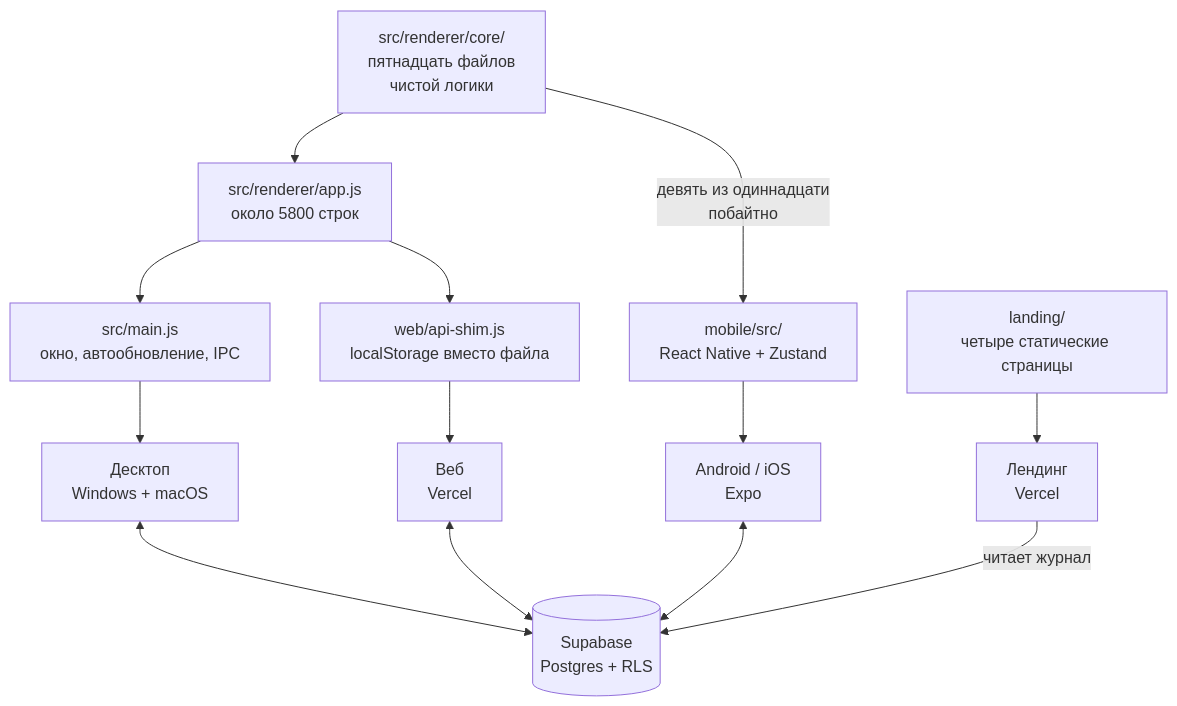
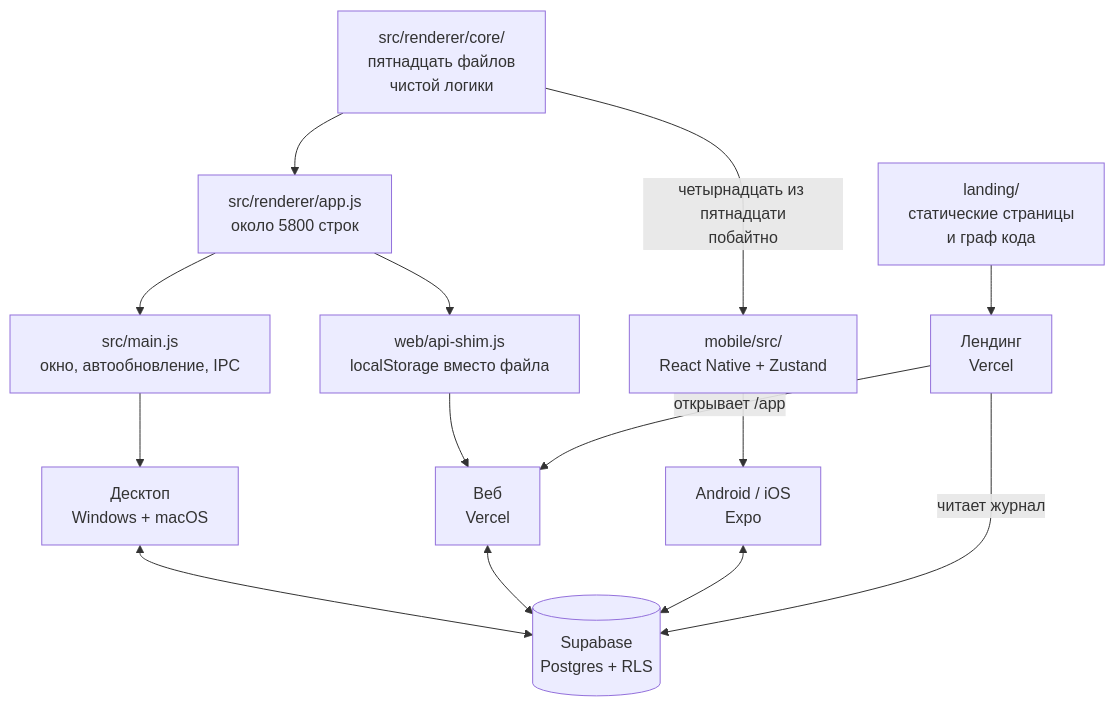
Before and after one commit to lancibleofficial/Lancible: the first of 2 diagrams in ARCHITECTURE.md, drawn with Mermaid. The commit also changed other lines of this file and 19 other files, not shown here.

First line of the commit message:
Граф кода на /graph, схема архитектуры приведена к коду

````diff
--- a/ARCHITECTURE.md
+++ b/ARCHITECTURE.md
@@ -22,25 +30,26 @@
 ```mermaid
 graph TD
     CORE["src/renderer/core/<br/>пятнадцать файлов<br/>чистой логики"]
 
     APP["src/renderer/app.js<br/>около 5800 строк"]
     MAIN["src/main.js<br/>окно, автообновление, IPC"]
     SHIM["web/api-shim.js<br/>localStorage вместо файла"]
     MOB["mobile/src/<br/>React Native + Zustand"]
-    LAND["landing/<br/>четыре статические страницы"]
+    LAND["landing/<br/>статические страницы<br/>и граф кода"]
 
     CORE --> APP
-    CORE -->|"девять из одиннадцати<br/>побайтно"| MOB
+    CORE -->|"четырнадцать из пятнадцати<br/>побайтно"| MOB
     APP --> MAIN
     APP --> SHIM
     MAIN --> DESK["Десктоп<br/>Windows + macOS"]
     SHIM --> WEB["Веб<br/>Vercel"]
     MOB --> ANDROID["Android / iOS<br/>Expo"]
     LAND --> SITE["Лендинг<br/>Vercel"]
 
     SB[("Supabase<br/>Postgres + RLS")]
     DESK <--> SB
     WEB <--> SB
     ANDROID <--> SB
     SITE -->|"читает журнал"| SB
+    SITE -->|"открывает /app"| WEB
 ```
````
